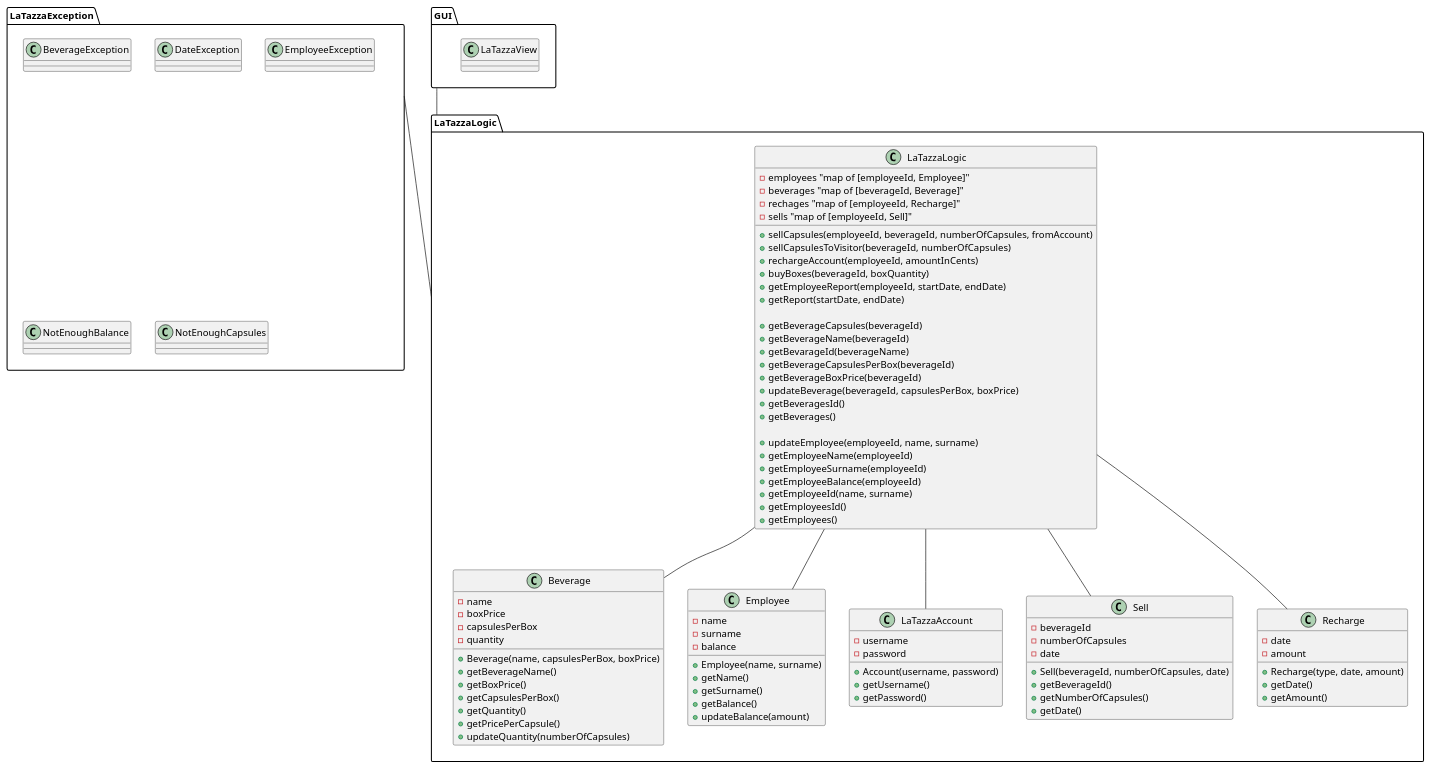
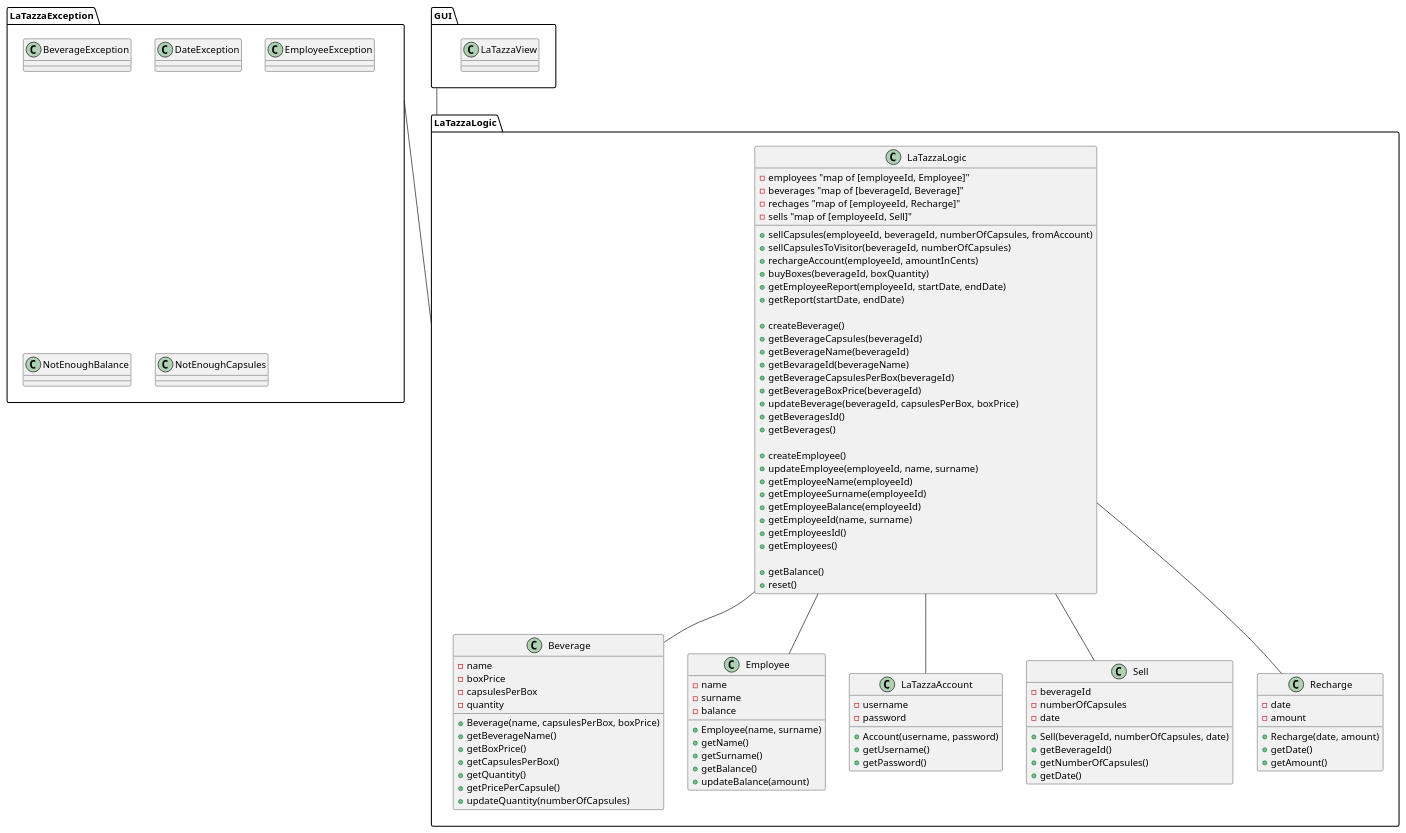
One commit to SimoneDutto/LaTazza changed the second of 3 diagrams in templates/DesignDocumentTemplate.md. Above: the diagram before and after it, drawn with PlantUML. The commit also changed other lines of this file, not shown here.

Commit message:
Add Methods in Class Diagram

```diff
--- a/templates/DesignDocumentTemplate.md
+++ b/templates/DesignDocumentTemplate.md
@@ -59,6 +59,7 @@
 {method} + getEmployeeReport(employeeId, startDate, endDate)
 {method} + getReport(startDate, endDate)
 
+{method} + createBeverage()
 {method} + getBeverageCapsules(beverageId)
 {method} + getBeverageName(beverageId)
 {method} + getBevarageId(beverageName)
@@ -68,6 +69,7 @@
 {method} + getBeveragesId()
 {method} + getBeverages()
 
+{method} + createEmployee()
 {method} + updateEmployee(employeeId, name, surname)
 {method} + getEmployeeName(employeeId)
 {method} + getEmployeeSurname(employeeId)
@@ -75,6 +77,9 @@
 {method} + getEmployeeId(name, surname)
 {method} + getEmployeesId()
 {method} + getEmployees()
+
+{method} + getBalance()
+{method} + reset()
 }
 
 class Beverage {
@@ -126,7 +131,7 @@
 class Recharge {
 - date
 - amount
-{method} + Recharge(type, date, amount)
+{method} + Recharge(date, amount)
 {method} + getDate()
 {method} + getAmount()
 }
```
